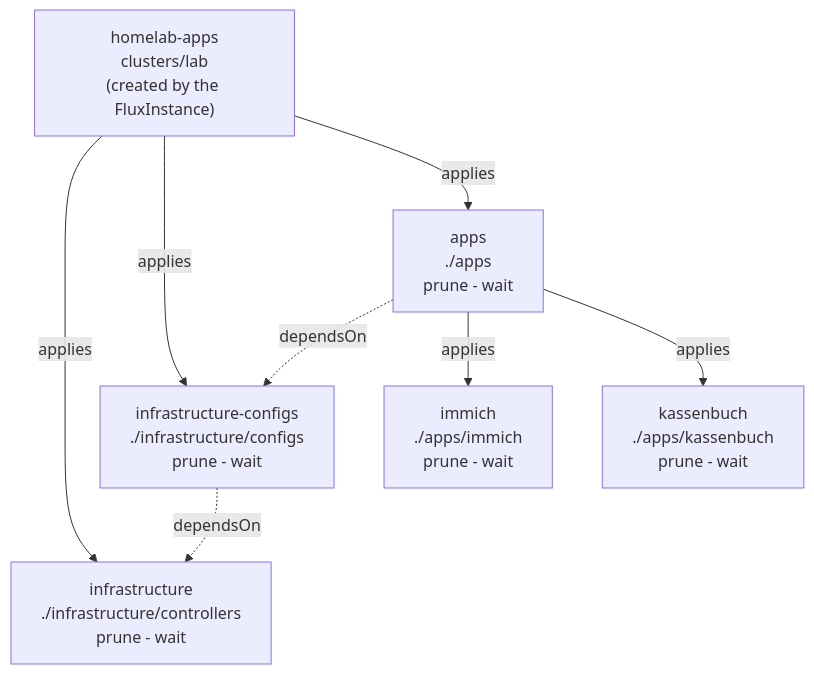
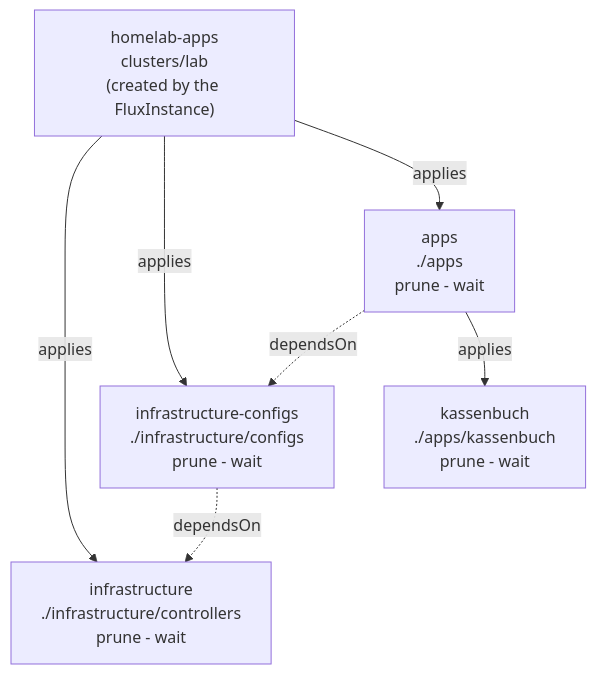
One commit to Sojamann/homelab-apps changed the diagram in README.md. Above: the diagram before and after it, drawn with Mermaid. The commit also changed other lines of this file and 11 other files, not shown here.

````diff
--- a/README.md
+++ b/README.md
@@ -17,14 +17,13 @@
 ```mermaid
 graph TD
   ROOT["homelab-apps<br/>clusters/lab<br/>(created by the FluxInstance)"]
 
   ROOT -->|applies| INFRA["infrastructure<br/>./infrastructure/controllers<br/>prune - wait"]
   ROOT -->|applies| CFG["infrastructure-configs<br/>./infrastructure/configs<br/>prune - wait"]
   ROOT -->|applies| APPS["apps<br/>./apps<br/>prune - wait"]
 
   CFG -.->|dependsOn| INFRA
   APPS -.->|dependsOn| CFG
 
-  APPS -->|applies| IM["immich<br/>./apps/immich<br/>prune - wait"]
   APPS -->|applies| KB["kassenbuch<br/>./apps/kassenbuch<br/>prune - wait"]
 ```
````
